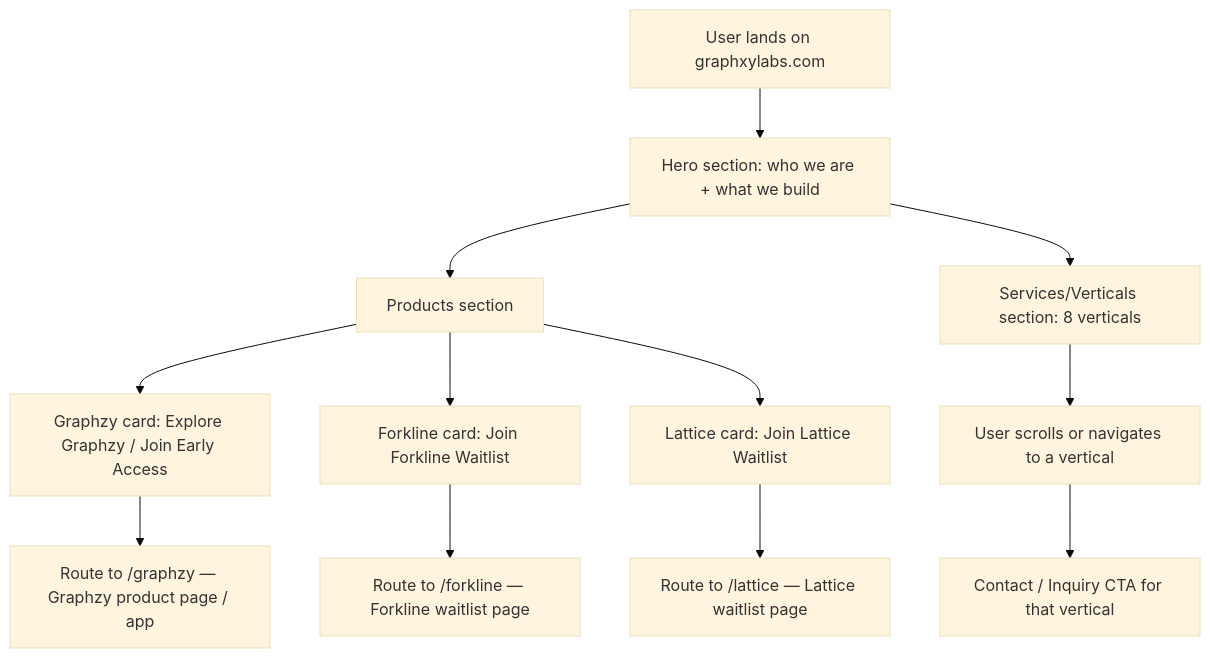
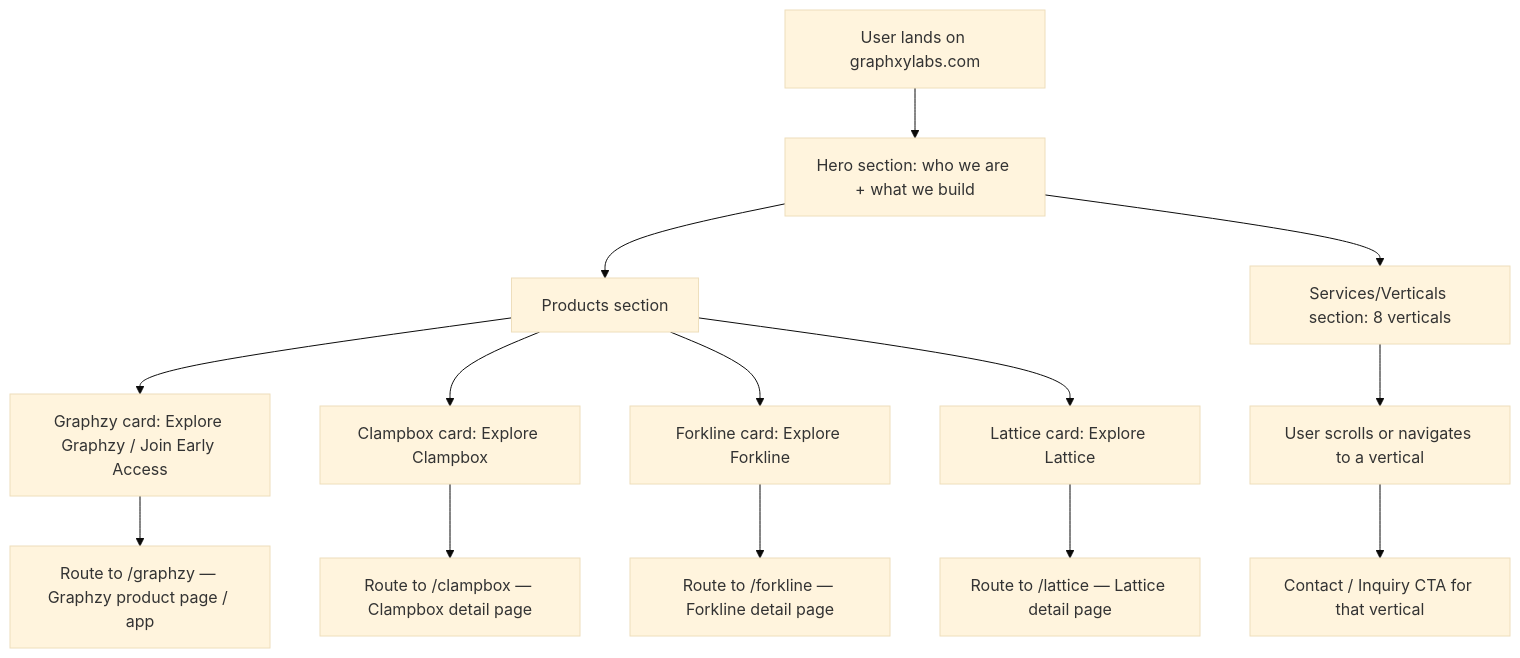
The fifth of 6 diagrams in Docs/03_User_Flow_Document.md (himanshusalve16/Graphxy-Labs-Landing-Page), drawn with Mermaid (base theme) before and after one commit. The commit also changed 36 other files, not shown here.

````diff
--- a/Docs/03_User_Flow_Document.md
+++ b/Docs/03_User_Flow_Document.md
@@ -93,14 +93,16 @@
 ```mermaid
 flowchart TD
     A[User lands on graphxylabs.com] --> B[Hero section: who we are + what we build]
     B --> C[Products section]
     C --> D[Graphzy card: Explore Graphzy / Join Early Access]
-    C --> E[Forkline card: Join Forkline Waitlist]
-    C --> E2[Lattice card: Join Lattice Waitlist]
+    C --> D2[Clampbox card: Explore Clampbox]
+    C --> E[Forkline card: Explore Forkline]
+    C --> E2[Lattice card: Explore Lattice]
     D --> F[Route to /graphzy — Graphzy product page / app]
-    E --> G[Route to /forkline — Forkline waitlist page]
-    E2 --> G2[Route to /lattice — Lattice waitlist page]
+    D2 --> F2[Route to /clampbox — Clampbox detail page]
+    E --> G[Route to /forkline — Forkline detail page]
+    E2 --> G2[Route to /lattice — Lattice detail page]
     B --> H[Services/Verticals section: 8 verticals]
     H --> I[User scrolls or navigates to a vertical]
     I --> J[Contact / Inquiry CTA for that vertical]
 ```
````
